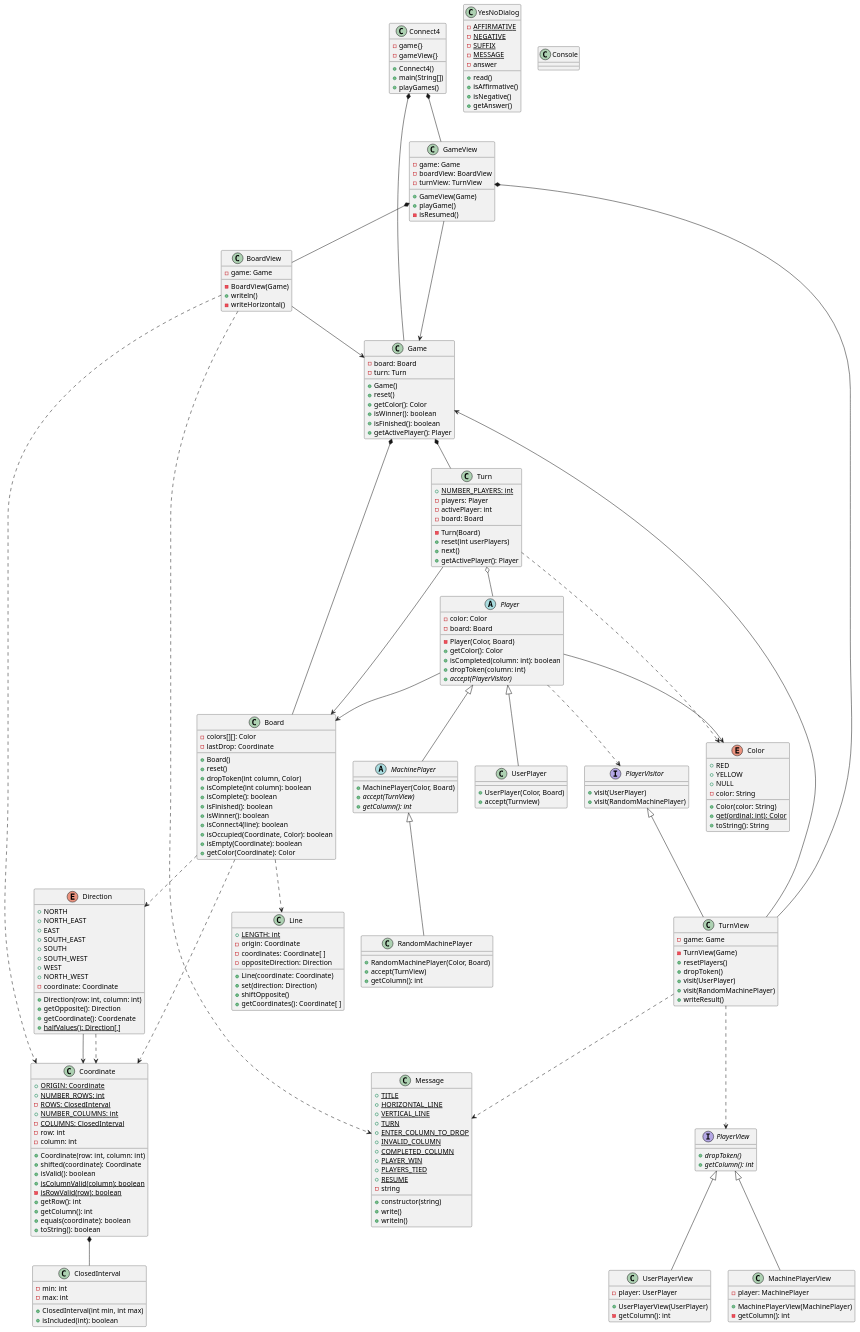
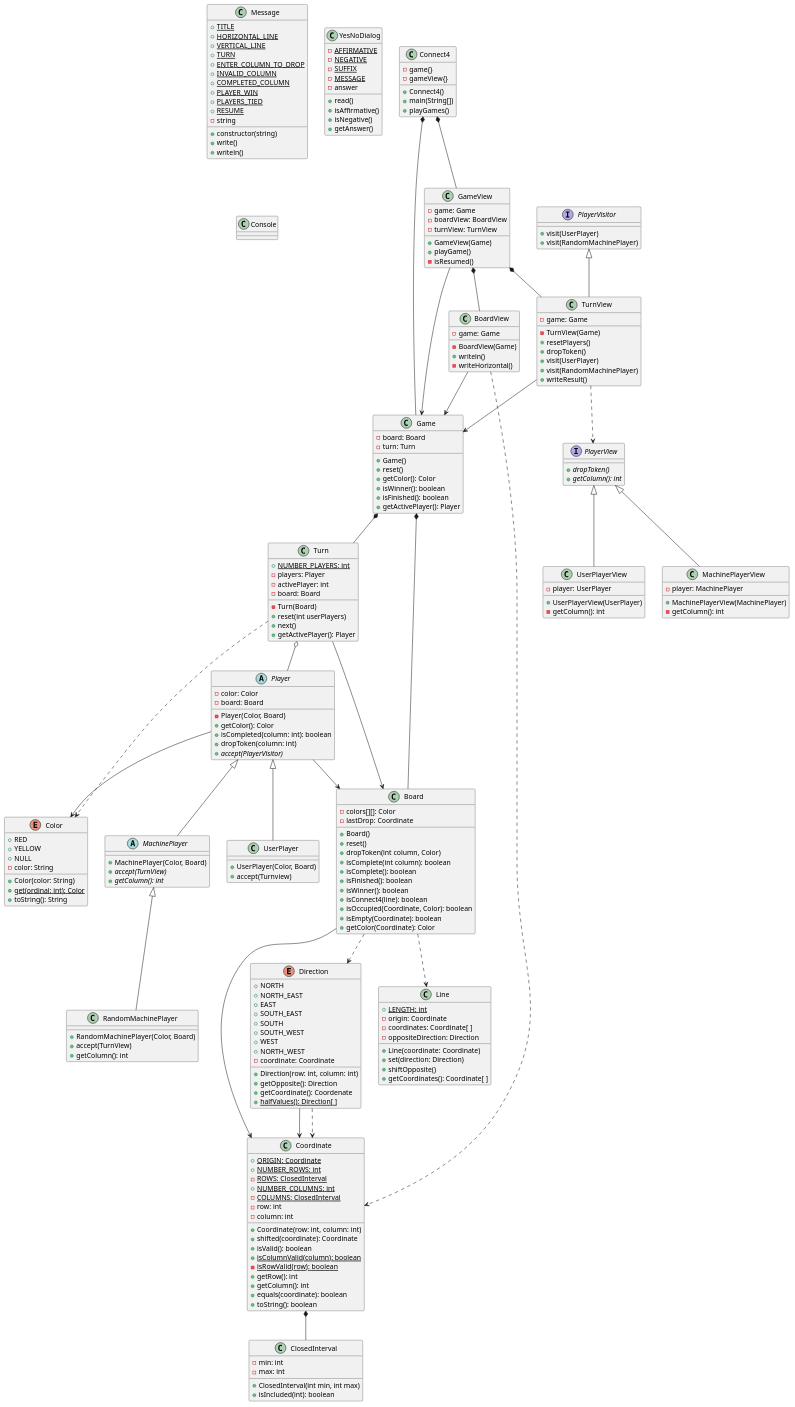
Before and after one commit to js-rom/connect4: the diagram in connect4/Docs/diagrams/src/classDiagram.plantuml, drawn with PlantUML. The commit also changed 4 other files, not shown here.

```diff
--- a/connect4/Docs/diagrams/src/classDiagram.plantuml
+++ b/connect4/Docs/diagrams/src/classDiagram.plantuml
@@ -33,13 +33,13 @@
 GameView *-- BoardView
 PlayerVisitor <|-- TurnView
 TurnView --> Game
-TurnView ..> Message
+
 TurnView ..> PlayerView
 PlayerView <|-- MachinePlayerView
 PlayerView <|-- UserPlayerView
 BoardView --> Game
 BoardView ..> Coordinate
-BoardView ..> Message
+
 
 Turn --> Board
 Turn o-- Player
@@ -48,9 +48,9 @@
 Player --> Board
 Player <|-- UserPlayer
 Player <|-- MachinePlayer
-Player ..> PlayerVisitor
+
 MachinePlayer <|-- RandomMachinePlayer
-Board ..> Coordinate
+Board --> Coordinate
 Board ..> Line
 Board ..> Direction
 Direction --> Coordinate
```
